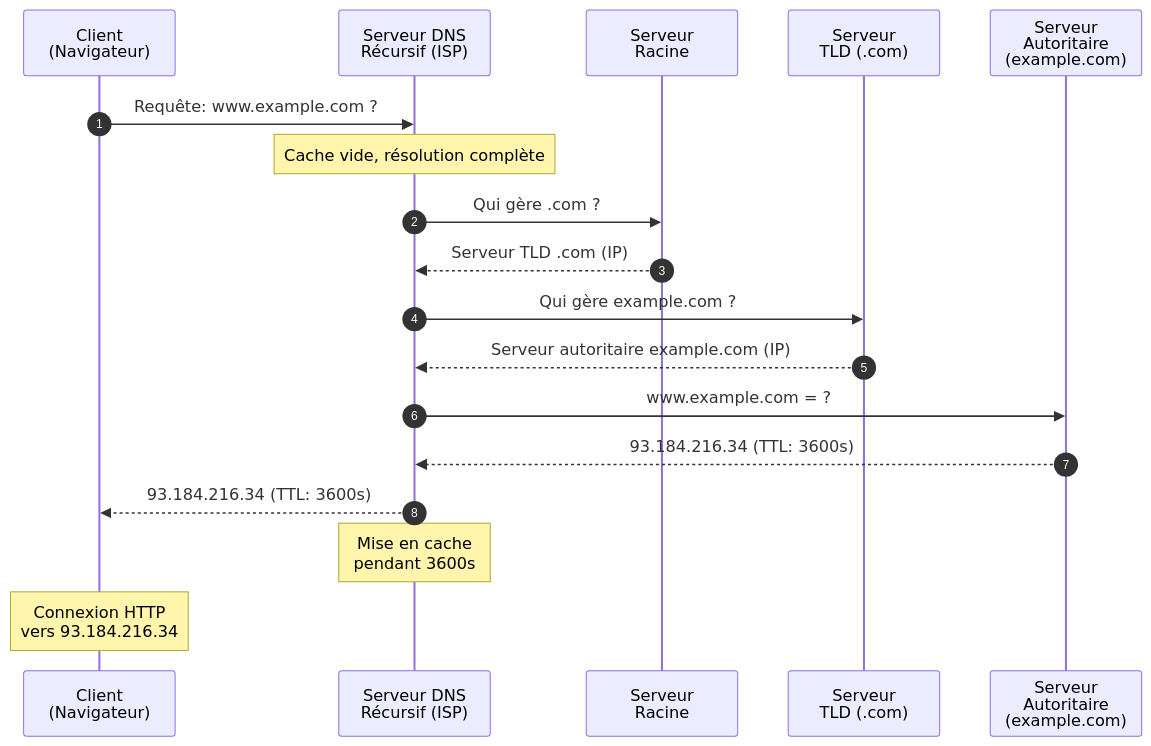
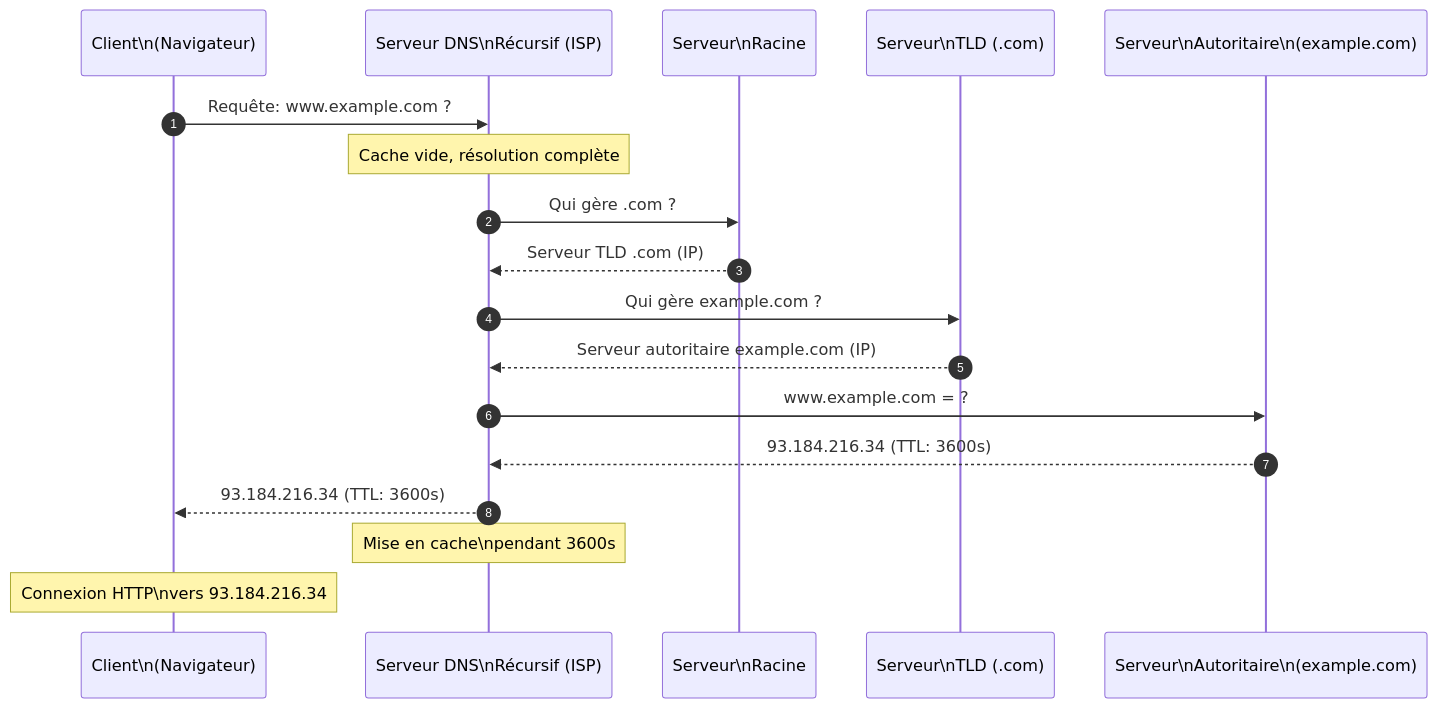
The second of 6 diagrams in docs/bases/reseaux/dns-notions.md (zyrass/omnydocs), drawn with Mermaid before and after one commit. The commit also changed other lines of this file and 723 other files, not shown here.

````diff
--- a/docs/bases/reseaux/dns-notions.md
+++ b/docs/bases/reseaux/dns-notions.md
@@ -166,27 +149,27 @@
 ```mermaid
 sequenceDiagram
     autonumber
-    participant Client as Client<br/>(Navigateur)
-    participant Recursive as Serveur DNS<br/>Récursif (ISP)
-    participant Root as Serveur<br/>Racine
-    participant TLD as Serveur<br/>TLD (.com)
-    participant Auth as Serveur<br/>Autoritaire<br/>(example.com)
-    
+    participant Client as Client\n(Navigateur)
+    participant Recursive as Serveur DNS\nRécursif (ISP)
+    participant Root as Serveur\nRacine
+    participant TLD as Serveur\nTLD (.com)
+    participant Auth as Serveur\nAutoritaire\n(example.com)
+
     Client->>Recursive: Requête: www.example.com ?
-    
+
     Note over Recursive: Cache vide, résolution complète
-    
+
     Recursive->>Root: Qui gère .com ?
     Root-->>Recursive: Serveur TLD .com (IP)
-    
+
     Recursive->>TLD: Qui gère example.com ?
     TLD-->>Recursive: Serveur autoritaire example.com (IP)
-    
+
     Recursive->>Auth: www.example.com = ?
     Auth-->>Recursive: 93.184.216.34 (TTL: 3600s)
-    
+
     Recursive-->>Client: 93.184.216.34 (TTL: 3600s)
-    
-    Note over Recursive: Mise en cache<br/>pendant 3600s
-    Note over Client: Connexion HTTP<br/>vers 93.184.216.34
+
+    Note over Recursive: Mise en cache\npendant 3600s
+    Note over Client: Connexion HTTP\nvers 93.184.216.34
 ```
````
